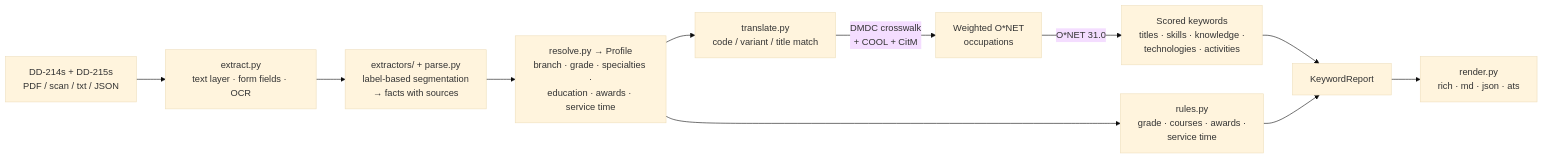
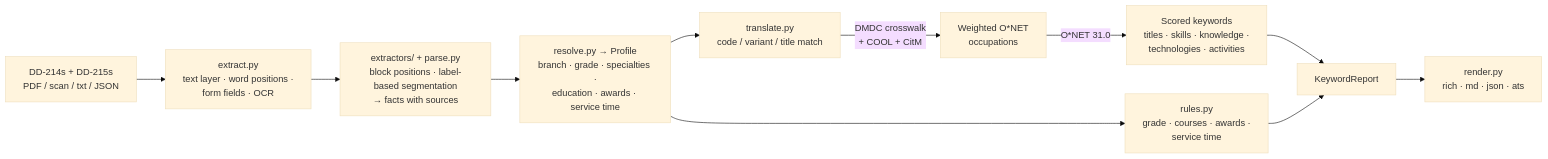
The diagram in README.md (reh3376/v2c-translator), drawn with Mermaid (base theme) before and after one commit. The commit also changed other lines of this file and 1 other file, not shown here.

First line of the commit message:
docs: how a DD-214 PDF is read by block position, and its limits

````diff
--- a/README.md
+++ b/README.md
@@ -383,13 +383,13 @@
 ```mermaid
 flowchart LR
-    A[DD-214s + DD-215s<br/>PDF / scan / txt / JSON] --> B[extract.py<br/>text layer · form fields · OCR]
-    B --> C[extractors/ + parse.py<br/>label-based segmentation<br/>→ facts with sources]
+    A[DD-214s + DD-215s<br/>PDF / scan / txt / JSON] --> B[extract.py<br/>text layer · word positions ·<br/>form fields · OCR]
+    B --> C[extractors/ + parse.py<br/>block positions · label-based segmentation<br/>→ facts with sources]
     C --> D[resolve.py → Profile<br/>branch · grade · specialties ·<br/>education · awards · service time]
     D --> E[translate.py<br/>code / variant / title match]
     E -->|DMDC crosswalk<br/>+ COOL + CitM| F[Weighted O*NET<br/>occupations]
     F -->|O*NET 31.0| G[Scored keywords<br/>titles · skills · knowledge ·<br/>technologies · activities]
     D --> H[rules.py<br/>grade · courses · awards ·<br/>service time]
     G --> I[KeywordReport]
     H --> I
     I --> J[render.py<br/>rich · md · json · ats]
 ```
````
